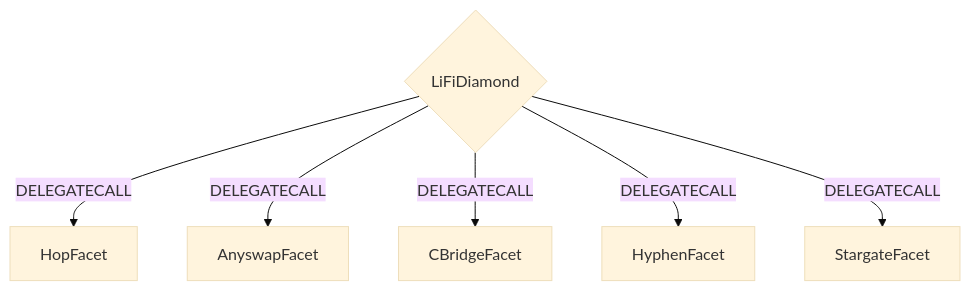
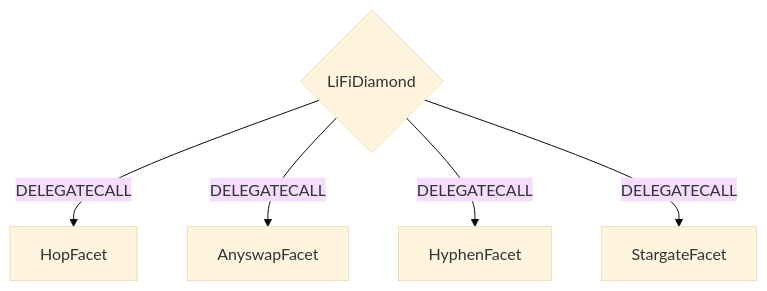
One commit to lifinance/contracts changed the first of 2 diagrams in README.md. Above: the diagram before and after it, drawn with Mermaid (base theme). The commit also changed 26 other files, not shown here.

Commit message:
fix(cbridge): remove CBridgeFacet and CBridgeFacetPacked

````diff
--- a/README.md
+++ b/README.md
@@ -100,8 +100,7 @@
 ```mermaid
 graph TD;
     D{LiFiDiamond}-- DELEGATECALL -->HopFacet;
     D{LiFiDiamond}-- DELEGATECALL -->AnyswapFacet;
-    D{LiFiDiamond}-- DELEGATECALL -->CBridgeFacet;
     D{LiFiDiamond}-- DELEGATECALL -->HyphenFacet;
     D{LiFiDiamond}-- DELEGATECALL -->StargateFacet;
 ```
````
